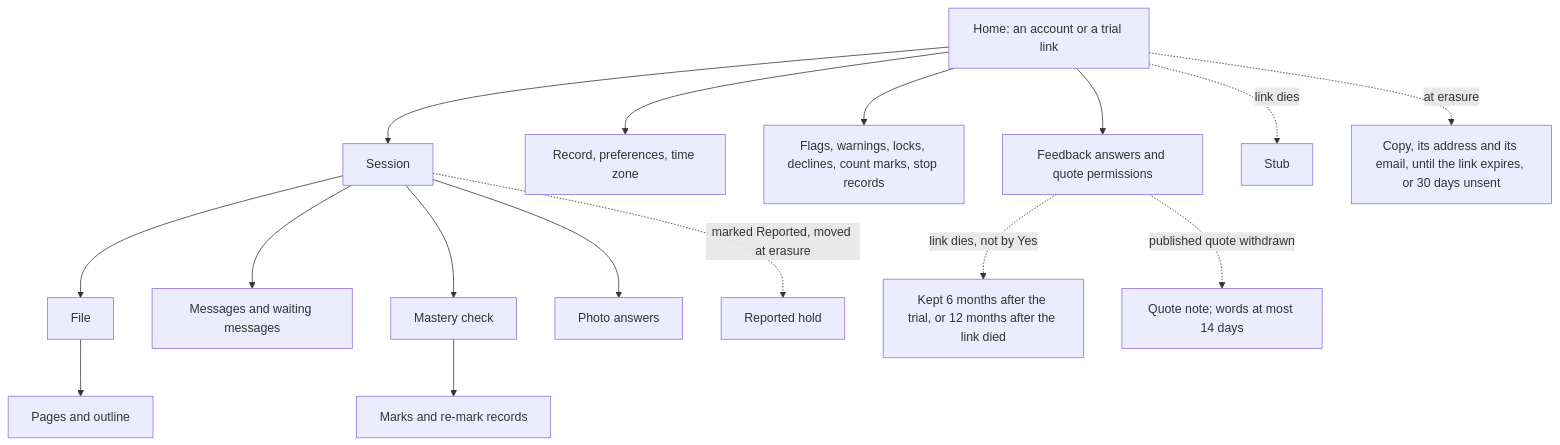
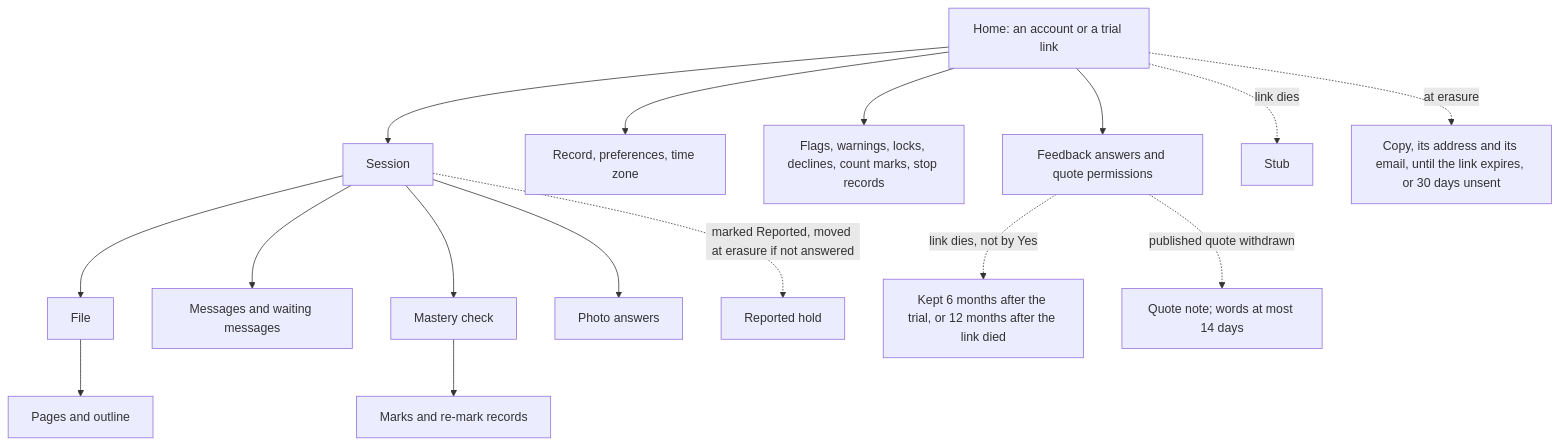
The first of 2 diagrams in docs/spec/data-model.md (calmxz/Crux), drawn with Mermaid before and after one commit. The commit also changed other lines of this file and 15 other files, not shown here.

````diff
--- a/docs/spec/data-model.md
+++ b/docs/spec/data-model.md
@@ -17,16 +17,16 @@
 ```mermaid
 flowchart TD
   H[Home: an account or a trial link] --> S[Session]
   S --> F[File] --> P[Pages and outline]
   H --> R[Record, preferences, time zone]
   H --> M[Flags, warnings, locks, declines, count marks, stop records]
   H --> FA[Feedback answers and quote permissions]
   S --> MSG[Messages and waiting messages]
   S --> C[Mastery check] --> MK[Marks and re-mark records]
   S --> PA[Photo answers]
-  S -. marked Reported, moved at erasure .-> RH[Reported hold]
+  S -. marked Reported, moved at erasure if not answered .-> RH[Reported hold]
   H -. link dies .-> ST[Stub]
   FA -. link dies, not by Yes .-> FB[Kept 6 months after the trial, or 12 months after the link died]
   FA -. published quote withdrawn .-> QN[Quote note; words at most 14 days]
   H -. at erasure .-> CP[Copy, its address and its email, until the link expires, or 30 days unsent]
 ```
````
